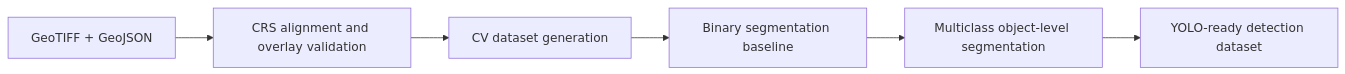
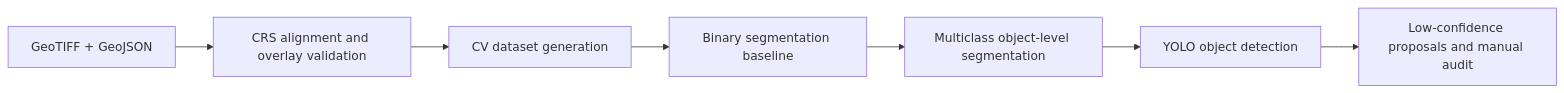
Before and after one commit to MataNerdy/Geodata_Archaeology_CV: the diagram in README.md, drawn with Mermaid. The commit also changed other lines of this file and 1 other file, not shown here.

````diff
--- a/README.md
+++ b/README.md
@@ -24,8 +25,9 @@
 ```mermaid
 flowchart LR
     A["GeoTIFF + GeoJSON"] --> B["CRS alignment and overlay validation"]
     B --> C["CV dataset generation"]
     C --> D["Binary segmentation baseline"]
     D --> E["Multiclass object-level segmentation"]
-    E --> F["YOLO-ready detection dataset"]
+    E --> F["YOLO object detection"]
+    F --> G["Low-confidence proposals and manual audit"]
 ```
````
